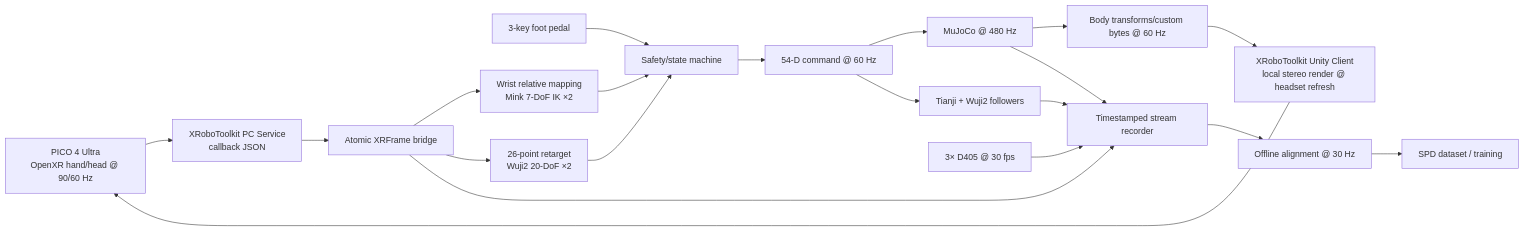
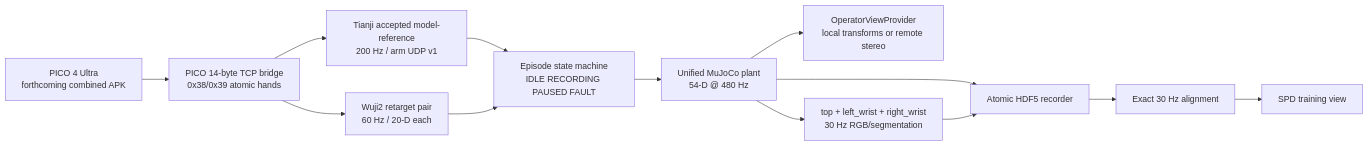
One commit to suzhelearning/spd changed the diagram in SPD_PICO_XROBOT_TIANJI_WUJI2_SETTING.md. Above: the diagram before and after it, drawn with Mermaid. The commit also changed other lines of this file and 62 other files, not shown here.

Commit message:
feat: add sim-only spd-vr pipeline

````diff
--- a/SPD_PICO_XROBOT_TIANJI_WUJI2_SETTING.md
+++ b/SPD_PICO_XROBOT_TIANJI_WUJI2_SETTING.md
@@ -148,36 +121,25 @@
 ```mermaid
 flowchart LR
-  PICO[PICO 4 Ultra\nOpenXR hand/head @ 90/60 Hz]
-  UNITY[XRoboToolkit Unity Client\nlocal stereo render @ headset refresh]
-  PCS[XRoboToolkit PC Service\ncallback JSON]
-  SNAP[Atomic XRFrame bridge]
-  FOOT[3-key foot pedal]
-  ARMRT[Wrist relative mapping\nMink 7-DoF IK ×2]
-  HANDRT[26-point retarget\nWuji2 20-DoF ×2]
-  STATE[Safety/state machine]
-  CMD[54-D command @ 60 Hz]
-  SIM[MuJoCo @ 480 Hz]
-  HW[Tianji + Wuji2 followers]
-  DOWN[Body transforms/custom bytes @ 60 Hz]
-  CAM[3× D405 @ 30 fps]
-  REC[Timestamped stream recorder]
-  ALIGN[Offline alignment @ 30 Hz]
-  SPD[SPD dataset / training]
-
-  PICO --> PCS --> SNAP
-  SNAP --> ARMRT
-  SNAP --> HANDRT
-  FOOT --> STATE
-  ARMRT --> STATE
-  HANDRT --> STATE
-  STATE --> CMD
-  CMD --> SIM
-  CMD --> HW
-  SIM --> DOWN --> UNITY
-  UNITY --> PICO
+  PICO[PICO 4 Ultra\nforthcoming combined APK]
+  BRIDGE[PICO 14-byte TCP bridge\n0x38/0x39 atomic hands]
+  ARM[Tianji accepted model-reference\n200 Hz / arm UDP v1]
+  HAND[Wuji2 retarget pair\n60 Hz / 20-D each]
+  STATE[Episode state machine\nIDLE RECORDING PAUSED FAULT]
+  SIM[Unified MuJoCo plant\n54-D @ 480 Hz]
+  VIEW[OperatorViewProvider\nlocal transforms or remote stereo]
+  CAM[top + left_wrist + right_wrist\n30 Hz RGB/segmentation]
+  REC[Atomic HDF5 recorder]
+  ALIGN[Exact 30 Hz alignment]
+  SPD[SPD training view]
+  PICO --> BRIDGE
+  BRIDGE --> ARM
+  BRIDGE --> HAND
+  ARM --> STATE
+  HAND --> STATE
+  STATE --> SIM
+  SIM --> VIEW
+  SIM --> CAM
   SIM --> REC
-  HW --> REC
   CAM --> REC
-  SNAP --> REC
   REC --> ALIGN --> SPD
 ```
````
